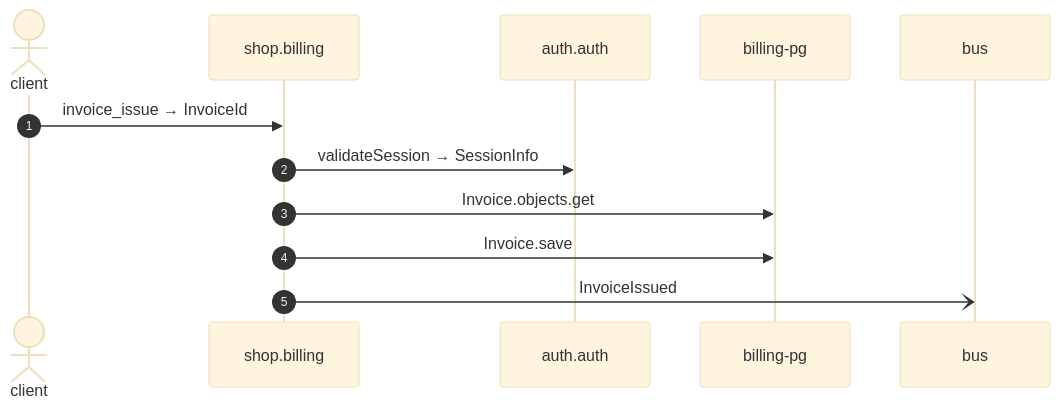
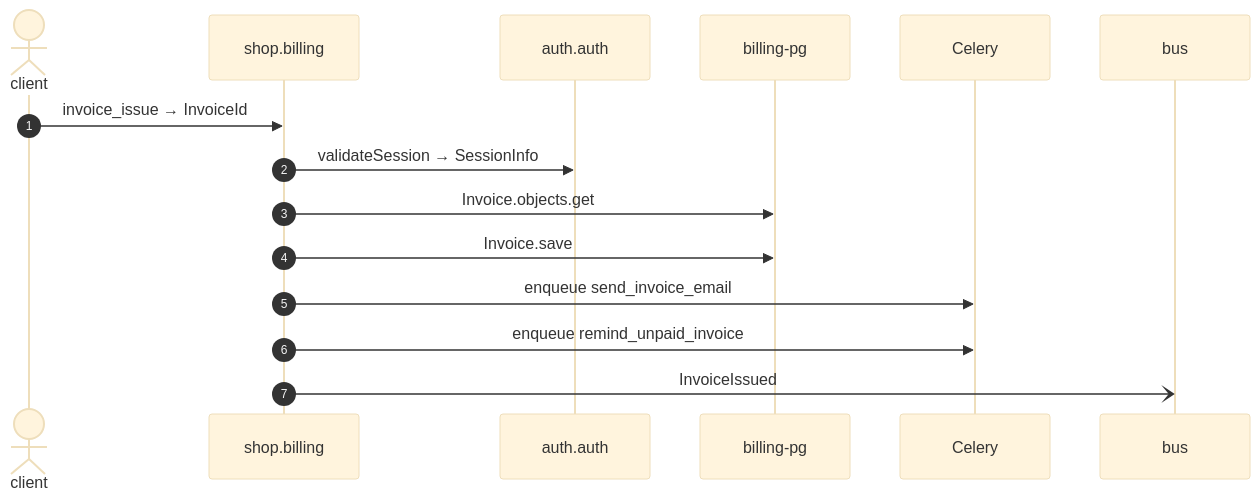
Before and after one commit to shortlink-org/portolan: the diagram in exports/mermaid/billing-invoice-issue.mmd, drawn with Mermaid (base theme). The commit also changed 156 other files, not shown here.

First line of the commit message:
extract-django: an enqueue is a hop to Celery, and on_commit is its note

```diff
--- a/exports/mermaid/billing-invoice-issue.mmd
+++ b/exports/mermaid/billing-invoice-issue.mmd
@@ -1,12 +1,15 @@
 sequenceDiagram
     autonumber
     actor p0 as client
     participant p1 as shop.billing
     participant p2 as auth.auth
     participant p3 as billing-pg
-    participant p4 as bus
+    participant p4 as Celery
+    participant p5 as bus
     p0->>p1: invoice_issue → InvoiceId
     p1->>p2: validateSession → SessionInfo
     p1->>p3: Invoice.objects.get
     p1->>p3: Invoice.save
-    p1-)p4: InvoiceIssued
+    p1->>p4: enqueue send_invoice_email
+    p1->>p4: enqueue remind_unpaid_invoice
+    p1-)p5: InvoiceIssued
```
